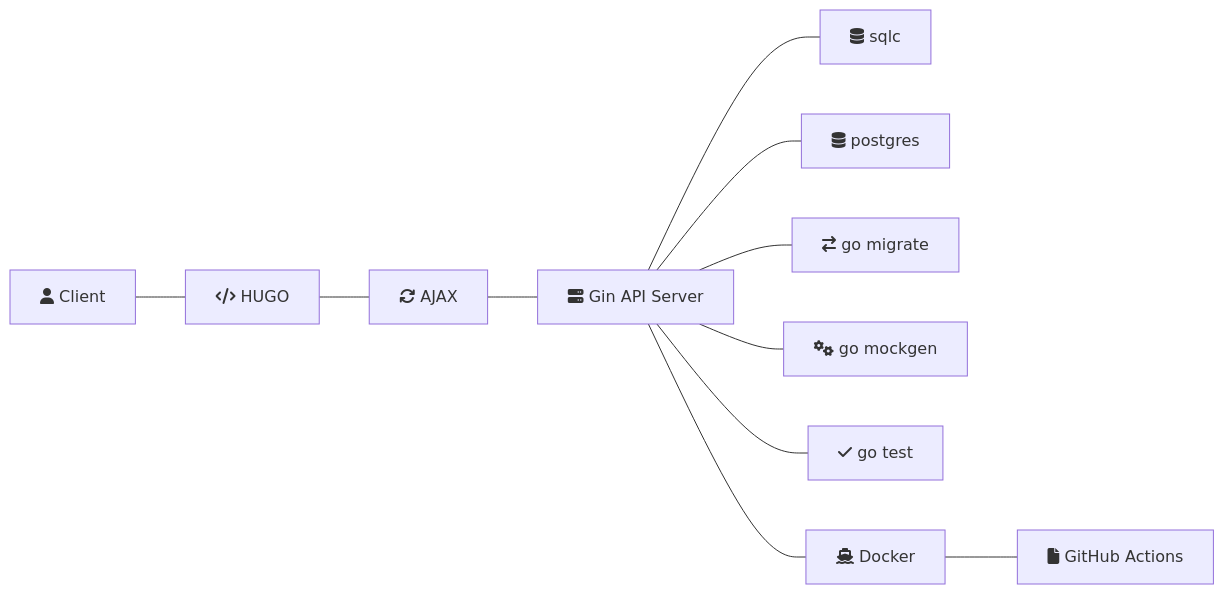
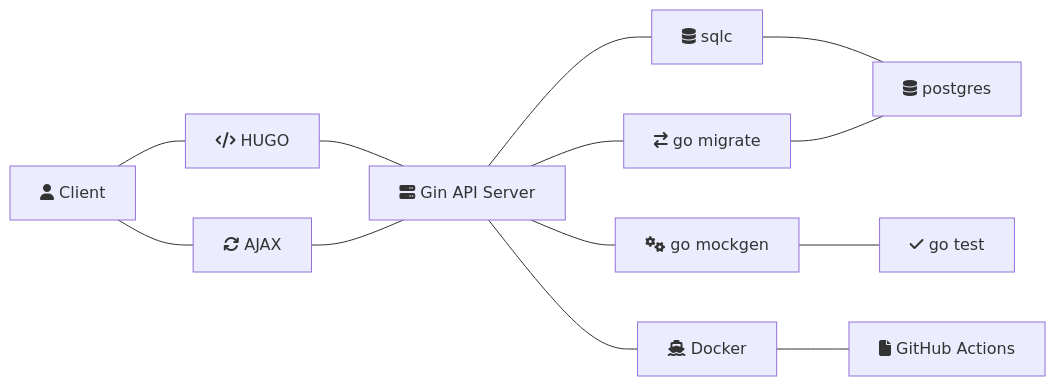
Before and after one commit to YuanData/SharedForm: the diagram in README.md, drawn with Mermaid. The commit also changed 1 other file, not shown here.

Commit message:
Update mermaid graph

````diff
--- a/README.md
+++ b/README.md
@@ -26,45 +26,34 @@
 ```mermaid
 graph LR
 
-  %% Backend Technologies
   B1[fa:fa-database sqlc]
   B2[fa:fa-database postgres]
   B3[fa:fa-exchange go migrate]
   B4[fa:fa-cogs go mockgen]
   B5[fa:fa-check go test]
 
-  %% Frontend Technologies
   F1[fa:fa-code HUGO]
   F2[fa:fa-refresh AJAX]
 
-  %% DevOps Technologies
   D1[fa:fa-ship Docker]
   D2[fa:fa-file GitHub Actions]
 
-  %% Client-Server Relationship
   C[fa:fa-user Client]
   S[fa:fa-server Gin API Server]
 
-  %% Backend Relations
   S --- B1
-  S --- B2
+  B1 --- B2
   S --- B3
+  B3 --- B2
   S --- B4
-  S --- B5
+  B4 --- B5  
 
-  %% Frontend Relations
   C --- F1
-  F1 --- F2
+  F1 --- S
+  C --- F2
   F2 --- S
 
-  %% DevOps Relations
   S --- D1
   D1 --- D2
 
-  %% Styling
-  class C,S blue
-  class B1,B2,B3,B4,B5,B6 green
-  class F1,F2 red
-  class D1,D2 yellow
-
 ```
````
